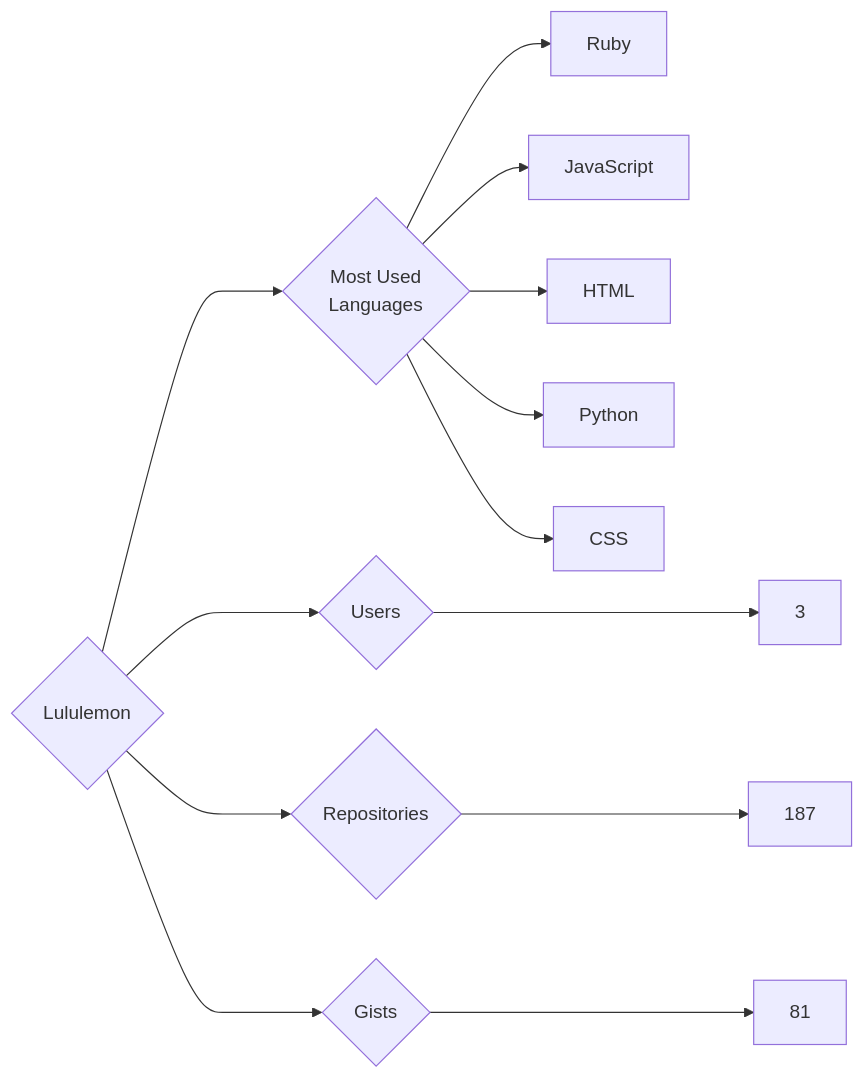
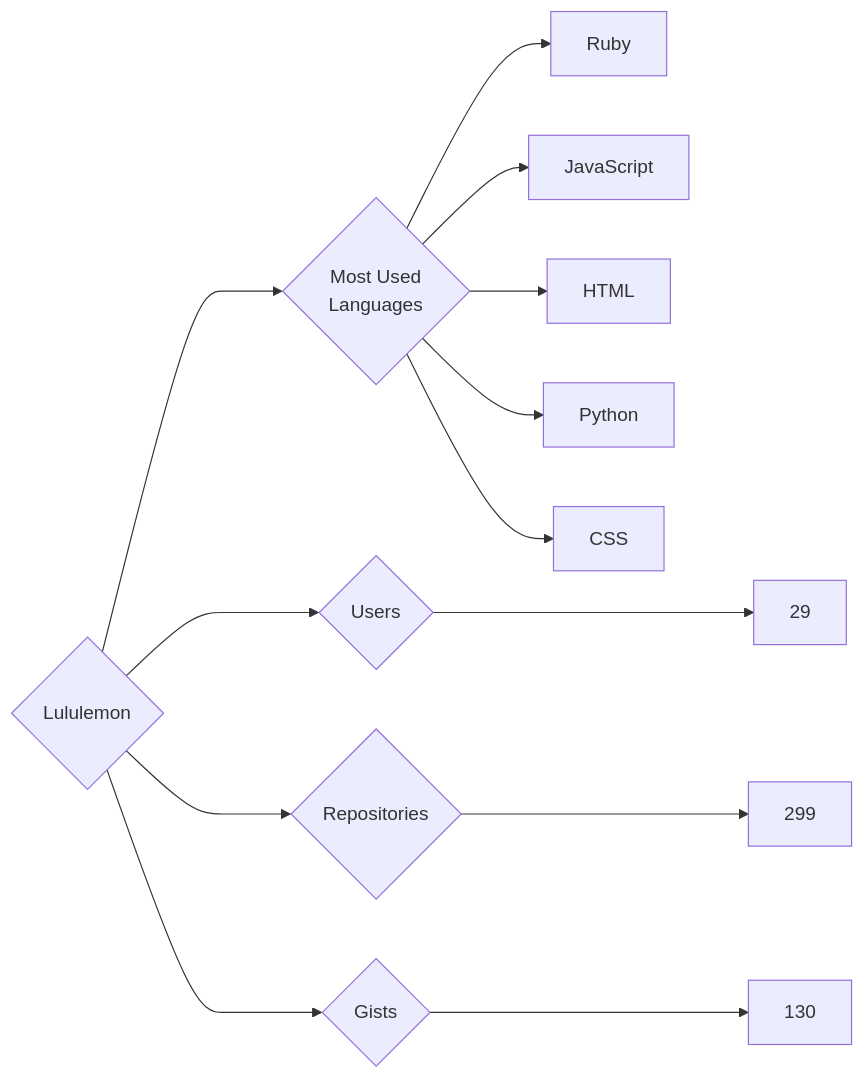
One commit to trickest/insiders changed the diagram in targets/Lululemon/README.md. Above: the diagram before and after it, drawn with Mermaid. The commit also changed 823 other files, not shown here.

````diff
--- a/targets/Lululemon/README.md
+++ b/targets/Lululemon/README.md
@@ -3,13 +3,13 @@
 ```mermaid
 graph LR
 COMPANY_NAME{Lululemon}
-COMPANY_NAME ---> U{Users} ---> UN[3]
-COMPANY_NAME ---> R{Repositories} ---> RN[187]
-COMPANY_NAME ---> G{Gists} ---> GN[81]
+COMPANY_NAME ---> U{Users} ---> UN[29]
+COMPANY_NAME ---> R{Repositories} ---> RN[299]
+COMPANY_NAME ---> G{Gists} ---> GN[130]
 COMPANY_NAME ---> ML{Most Used<br>Languages}
 ML --> Ruby[Ruby]
 ML --> JavaScript[JavaScript]
 ML --> HTML[HTML]
 ML --> Python[Python]
 ML --> CSS[CSS]
 ```
````
